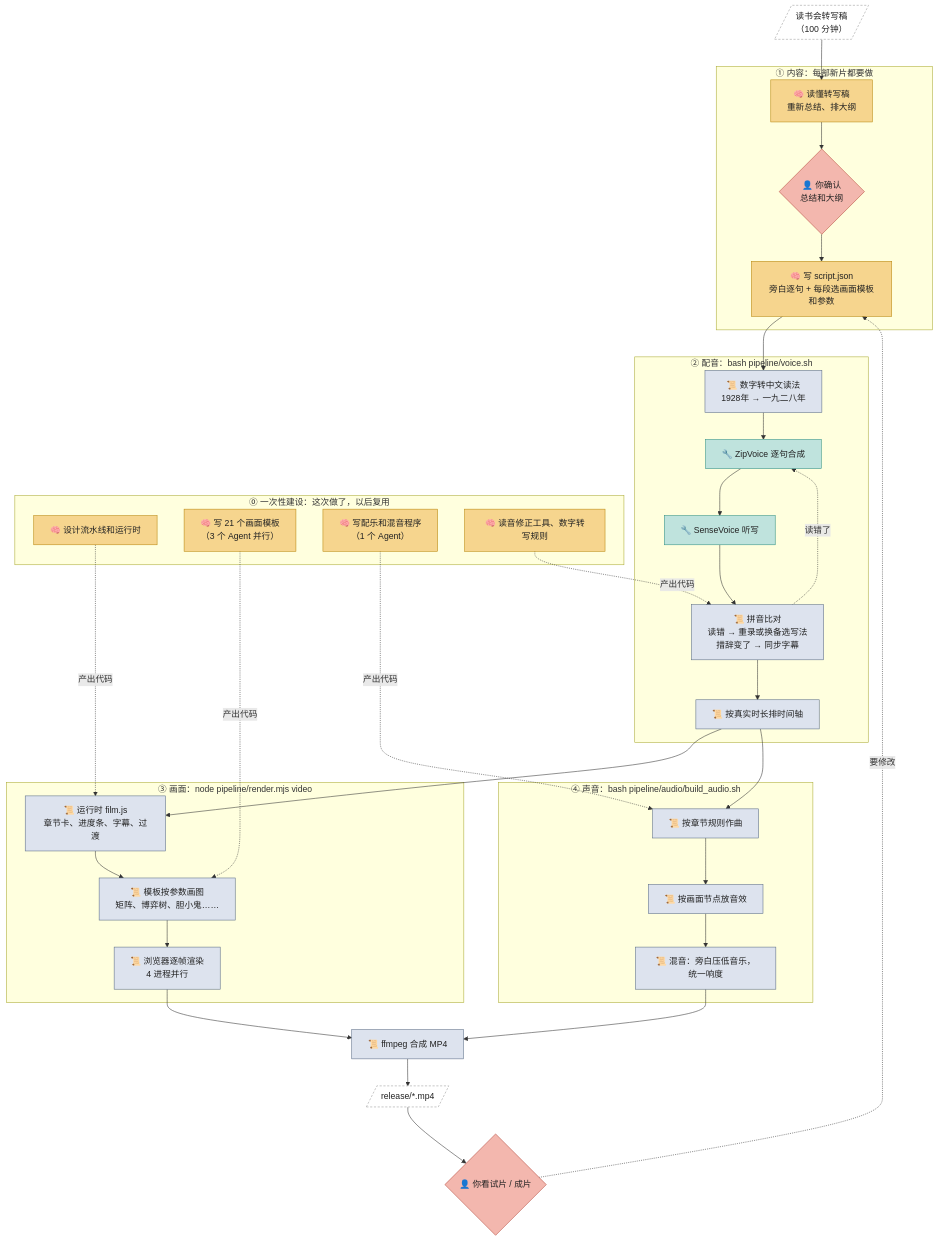
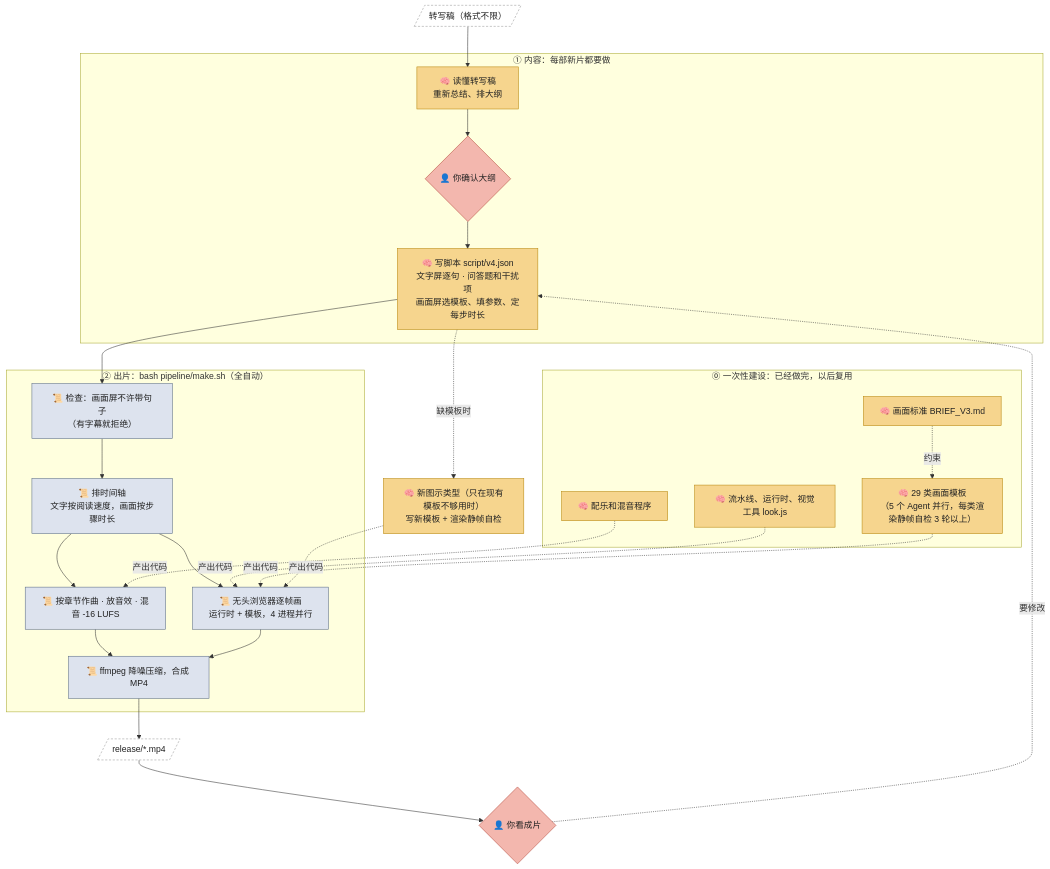
One commit to Marvinngg/datacollector changed the diagram in game-theory/docs/WORKFLOW.md. Above: the diagram before and after it, drawn with Mermaid. The commit also changed other lines of this file, not shown here.

First line of the commit message:
game-theory docs: WORKFLOW for v4 (no narration, no subtitles; script format; who does what)

````diff
--- a/game-theory/docs/WORKFLOW.md
+++ b/game-theory/docs/WORKFLOW.md
@@ -16,61 +20,46 @@
 ```mermaid
 flowchart TD
     classDef ai fill:#f6d58e,stroke:#b8860b,color:#222
-    classDef model fill:#bfe3dd,stroke:#2f8f83,color:#222
     classDef script fill:#dde3ee,stroke:#5a6b85,color:#222
     classDef human fill:#f3b7ae,stroke:#b5483b,color:#222
     classDef data fill:#ffffff,stroke:#999,color:#222,stroke-dasharray: 4 3
 
-    T[/"读书会转写稿<br/>（100 分钟）"/]:::data
+    T[/"转写稿（格式不限）"/]:::data
 
     subgraph S1["① 内容：每部新片都要做"]
       A1["🧠 读懂转写稿<br/>重新总结、排大纲"]:::ai
-      H1{"👤 你确认<br/>总结和大纲"}:::human
-      A2["🧠 写 script.json<br/>旁白逐句 + 每段选画面模板和参数"]:::ai
+      H1{"👤 你确认大纲"}:::human
+      A2["🧠 写脚本 script/v4.json<br/>文字屏逐句 · 问答题和干扰项<br/>画面屏选模板、填参数、定每步时长"]:::ai
     end
 
-    subgraph S2["② 配音：bash pipeline/voice.sh"]
-      P1["📜 数字转中文读法<br/>1928年 → 一九二八年"]:::script
-      M1["🔧 ZipVoice 逐句合成"]:::model
-      M2["🔧 SenseVoice 听写"]:::model
-      P2["📜 拼音比对<br/>读错 → 重录或换备选写法<br/>措辞变了 → 同步字幕"]:::script
-      P3["📜 按真实时长排时间轴"]:::script
+    subgraph S2["② 出片：bash pipeline/make.sh（全自动）"]
+      P0["📜 检查：画面屏不许带句子<br/>（有字幕就拒绝）"]:::script
+      P1["📜 排时间轴<br/>文字按阅读速度，画面按步骤时长"]:::script
+      P2["📜 按章节作曲 · 放音效 · 混音 -16 LUFS"]:::script
+      P3["📜 无头浏览器逐帧画<br/>运行时 + 模板，4 进程并行"]:::script
+      P4["📜 ffmpeg 降噪压缩，合成 MP4"]:::script
     end
 
-    subgraph S3["③ 画面：node pipeline/render.mjs video"]
-      P4["📜 运行时 film.js<br/>章节卡、进度条、字幕、过渡"]:::script
-      P5["📜 模板按参数画图<br/>矩阵、博弈树、胆小鬼……"]:::script
-      P6["📜 浏览器逐帧渲染<br/>4 进程并行"]:::script
-    end
-
-    subgraph S4["④ 声音：bash pipeline/audio/build_audio.sh"]
-      P7["📜 按章节规则作曲"]:::script
-      P8["📜 按画面节点放音效"]:::script
-      P9["📜 混音：旁白压低音乐，统一响度"]:::script
-    end
-
-    P10["📜 ffmpeg 合成 MP4"]:::script
-    H2{"👤 你看试片 / 成片"}:::human
+    H2{"👤 你看成片"}:::human
     OUT[/"release/*.mp4"/]:::data
 
-    T --> A1 --> H1 --> A2
-    A2 --> P1 --> M1 --> M2 --> P2 --> P3
-    P2 -. "读错了" .-> M1
-    P3 --> P4 --> P5 --> P6
-    P3 --> P7 --> P8 --> P9
-    P6 --> P10
-    P9 --> P10
-    P10 --> OUT --> H2
+    T --> A1 --> H1 --> A2 --> P0 --> P1
+    P1 --> P2 --> P4
+    P1 --> P3 --> P4
+    P4 --> OUT --> H2
     H2 -. "要修改" .-> A2
 
-    subgraph S0["⓪ 一次性建设：这次做了，以后复用"]
-      B1["🧠 设计流水线和运行时"]:::ai
-      B2["🧠 写 21 个画面模板<br/>（3 个 Agent 并行）"]:::ai
-      B3["🧠 写配乐和混音程序<br/>（1 个 Agent）"]:::ai
-      B4["🧠 读音修正工具、数字转写规则"]:::ai
+    subgraph S0["⓪ 一次性建设：已经做完，以后复用"]
+      B1["🧠 流水线、运行时、视觉工具 look.js"]:::ai
+      B2["🧠 29 类画面模板<br/>（5 个 Agent 并行，每类渲染静帧自检 3 轮以上）"]:::ai
+      B3["🧠 配乐和混音程序"]:::ai
+      B4["🧠 画面标准 BRIEF_V3.md"]:::ai
     end
-    B1 -. "产出代码" .-> P4
-    B2 -. "产出代码" .-> P5
-    B3 -. "产出代码" .-> P7
-    B4 -. "产出代码" .-> P2
+    B1 -. "产出代码" .-> P3
+    B2 -. "产出代码" .-> P3
+    B3 -. "产出代码" .-> P2
+    B4 -. "约束" .-> B2
+
+    N["🧠 新图示类型（只在现有模板不够用时）<br/>写新模板 + 渲染静帧自检"]:::ai
+    A2 -. "缺模板时" .-> N -. "产出代码" .-> P3
 ```
````
